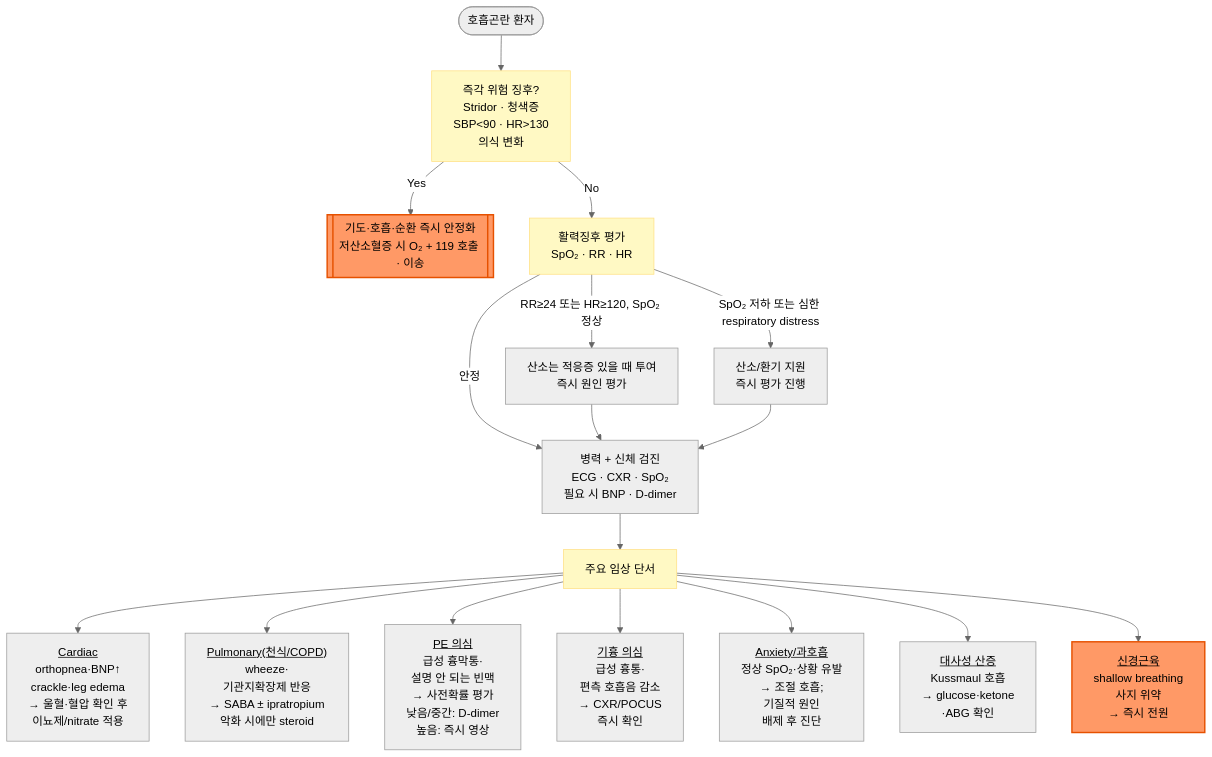
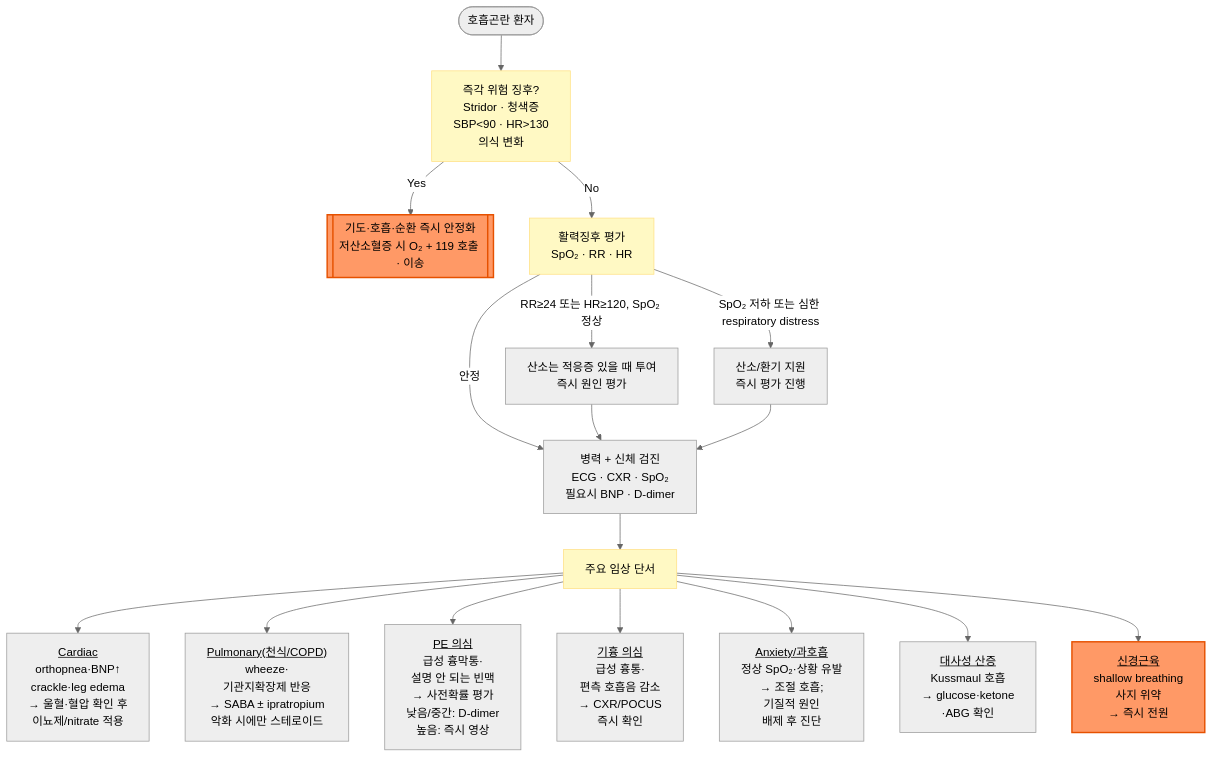
Before and after one commit to familyoh77/familyoh77: the diagram in 220_/007_-dyspnea.md, drawn with Mermaid (neutral theme). The commit also changed other lines of this file and 4 other files, not shown here.

````diff
--- a/220_/007_-dyspnea.md
+++ b/220_/007_-dyspnea.md
@@ -246,24 +249,24 @@
 ```mermaid
 graph TD
     A([호흡곤란 환자]) --> B["즉각 위험 징후?<br/>Stridor · 청색증<br/>SBP<90 · HR>130<br/>의식 변화"]
     B -->|Yes| C[["기도·호흡·순환 즉시 안정화<br/>저산소혈증 시 O₂ + 119 호출 · 이송"]]
     B -->|No| D["활력징후 평가<br/>SpO₂ · RR · HR"]
     D -->|SpO₂ 저하 또는 심한 respiratory distress| E["산소/환기 지원<br/>즉시 평가 진행"]
     D -->|RR≥24 또는 HR≥120, SpO₂ 정상| M["산소는 적응증 있을 때 투여<br/>즉시 원인 평가"]
-    D -->|안정| F["병력 + 신체 검진<br/>ECG · CXR · SpO₂<br/>필요 시 BNP · D-dimer"]
+    D -->|안정| F["병력 + 신체 검진<br/>ECG · CXR · SpO₂<br/>필요시 BNP · D-dimer"]
     M --> F
     E --> F
     F --> G[주요 임상 단서]
     G --> H["<u>Cardiac</u><br/>orthopnea·BNP↑<br/>crackle·leg edema<br/>→ 울혈·혈압 확인 후<br/>이뇨제/nitrate 적용"]
-    G --> I["<u>Pulmonary(천식/COPD)</u><br/>wheeze·<br/>기관지확장제 반응<br/>→ SABA ± ipratropium<br/>악화 시에만 steroid"]
+    G --> I["<u>Pulmonary(천식/COPD)</u><br/>wheeze·<br/>기관지확장제 반응<br/>→ SABA ± ipratropium<br/>악화 시에만 스테로이드"]
     G --> J["<u>PE 의심</u><br/>급성 흉막통·<br/>설명 안 되는 빈맥<br/>→ 사전확률 평가<br/>낮음/중간: D-dimer<br/>높음: 즉시 영상"]
     G --> N["<u>기흉 의심</u><br/>급성 흉통·<br/>편측 호흡음 감소<br/>→ CXR/POCUS <br/>즉시 확인"]
     G --> K1["<u>Anxiety/과호흡</u><br/>정상 SpO₂·상황 유발<br/>→ 조절 호흡;<br/> 기질적 원인<br/>배제 후 진단"]
     G --> K2["<u>대사성 산증</u><br/>Kussmaul 호흡<br/>→ glucose·ketone<br/>·ABG 확인"]
     G --> L["<u>신경근육</u><br/>shallow breathing<br/>사지 위약<br/>→ 즉시 전원"]
     style C fill:#f96,stroke:#e65100,stroke-width:2px
     style L fill:#f96,stroke:#e65100,stroke-width:2px
 
 classDef yellow fill:#fff9c4,stroke:#ffe082
 class B,D,G yellow
 ```
````
